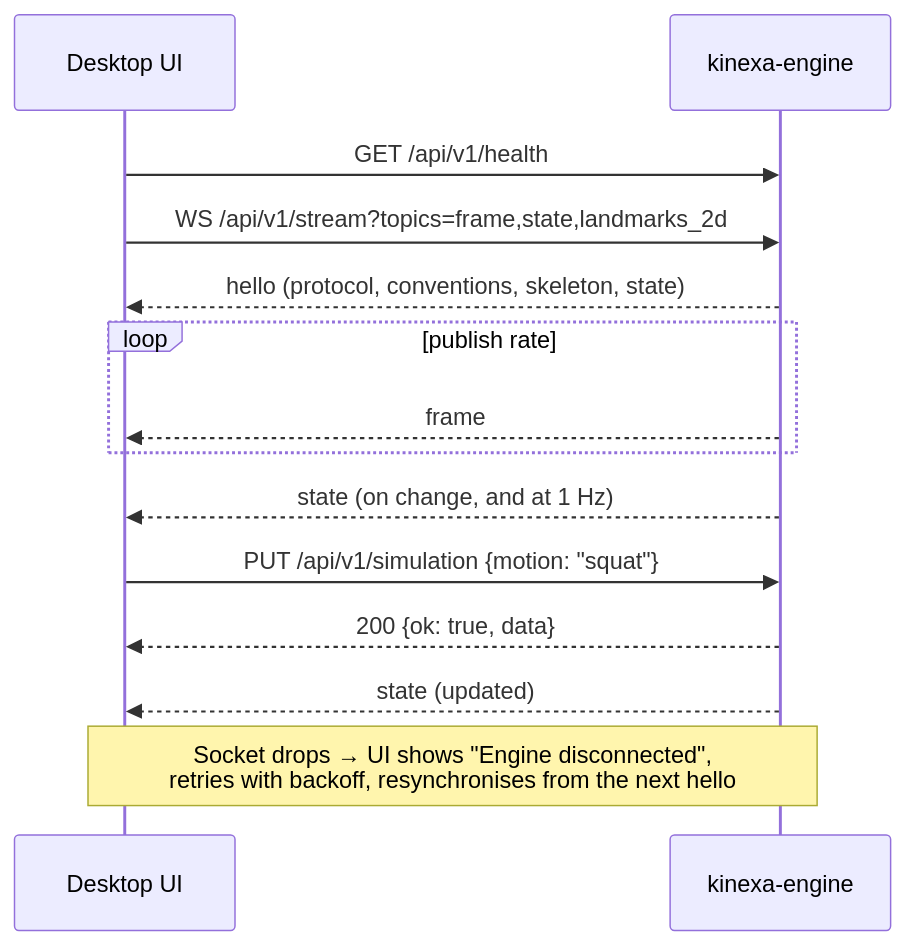
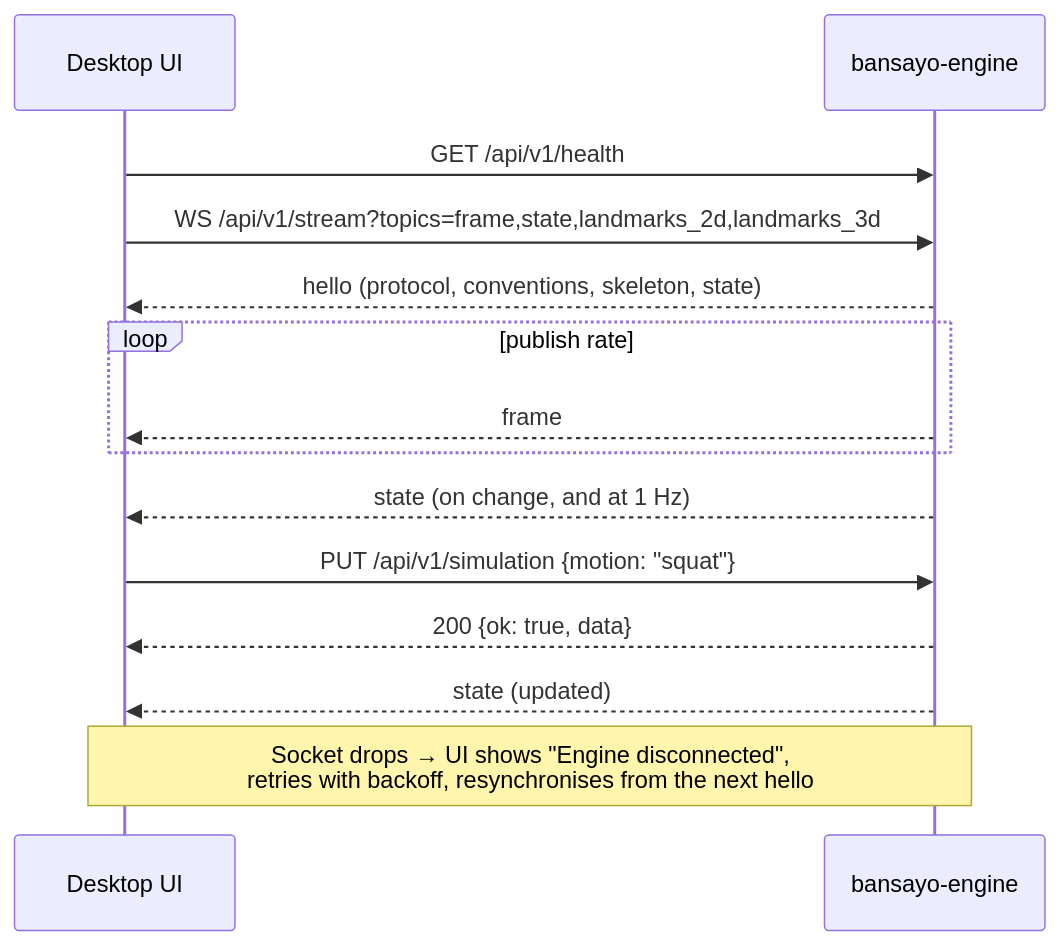
The seventh of 8 diagrams in docs/02-architecture.md (danielsobrado/Bansayo), drawn with Mermaid before and after one commit. The commit also changed other lines of this file and 184 other files, not shown here.

````diff
--- a/docs/02-architecture.md
+++ b/docs/02-architecture.md
@@ -242,16 +250,16 @@
 ```mermaid
 sequenceDiagram
   participant UI as Desktop UI
-  participant E as kinexa-engine
+  participant E as bansayo-engine
   UI->>E: GET /api/v1/health
-  UI->>E: WS /api/v1/stream?topics=frame,state,landmarks_2d
+  UI->>E: WS /api/v1/stream?topics=frame,state,landmarks_2d,landmarks_3d
   E-->>UI: hello (protocol, conventions, skeleton, state)
   loop publish rate
     E-->>UI: frame
   end
   E-->>UI: state (on change, and at 1 Hz)
   UI->>E: PUT /api/v1/simulation {motion: "squat"}
   E-->>UI: 200 {ok: true, data}
   E-->>UI: state (updated)
   Note over UI,E: Socket drops → UI shows "Engine disconnected",<br/>retries with backoff, resynchronises from the next hello
 ```
````
